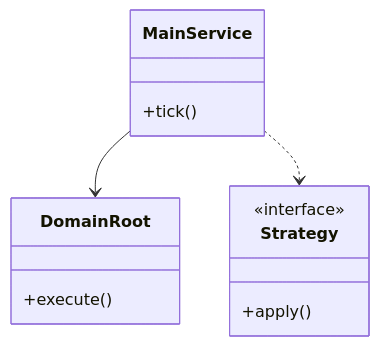
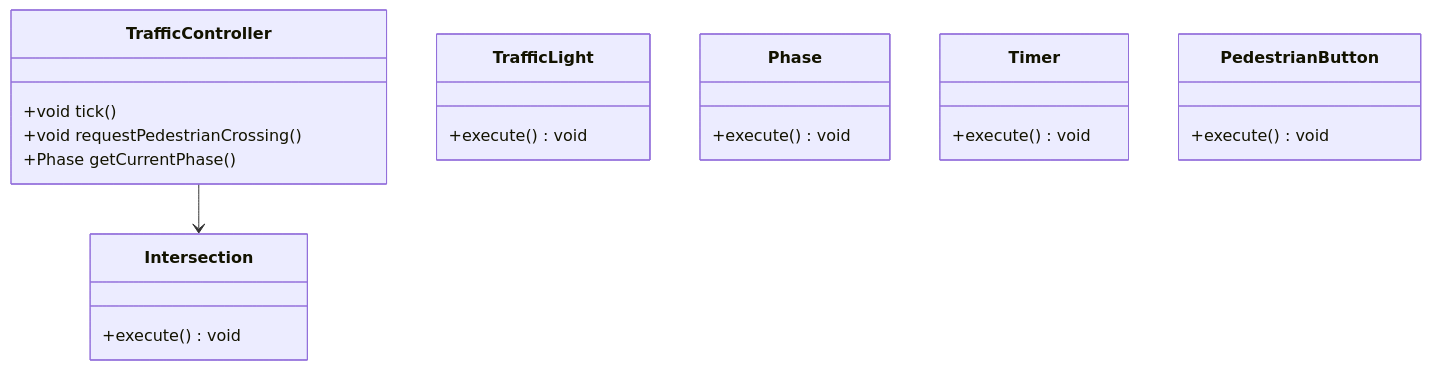
One commit to madhupaila/Interview-Prep-SSE changed the first of 3 diagrams in Learn/System Design - Low Level Design/02-classic-ood/questions/Q39-traffic-light.md. Above: the diagram before and after it, drawn with Mermaid. The commit also changed other lines of this file and 491 other files, not shown here.

````diff
--- a/Learn/System Design - Low Level Design/02-classic-ood/questions/Q39-traffic-light.md
+++ b/Learn/System Design - Low Level Design/02-classic-ood/questions/Q39-traffic-light.md
@@ -74,15 +92,24 @@
 ```mermaid
 classDiagram
-    class MainService {
-        +tick()
+    class TrafficController {
+        +void tick()
+        +void requestPedestrianCrossing()
+        +Phase getCurrentPhase()
     }
-    class DomainRoot {
-        +execute()
+    class Intersection {
+        +execute() void
     }
-    class Strategy {
-        <<interface>>
-        +apply()
+    class TrafficLight {
+        +execute() void
     }
-    MainService --> DomainRoot
-    MainService ..> Strategy
+    class Phase {
+        +execute() void
+    }
+    class Timer {
+        +execute() void
+    }
+    class PedestrianButton {
+        +execute() void
+    }
+    TrafficController --> Intersection
 ```
````
